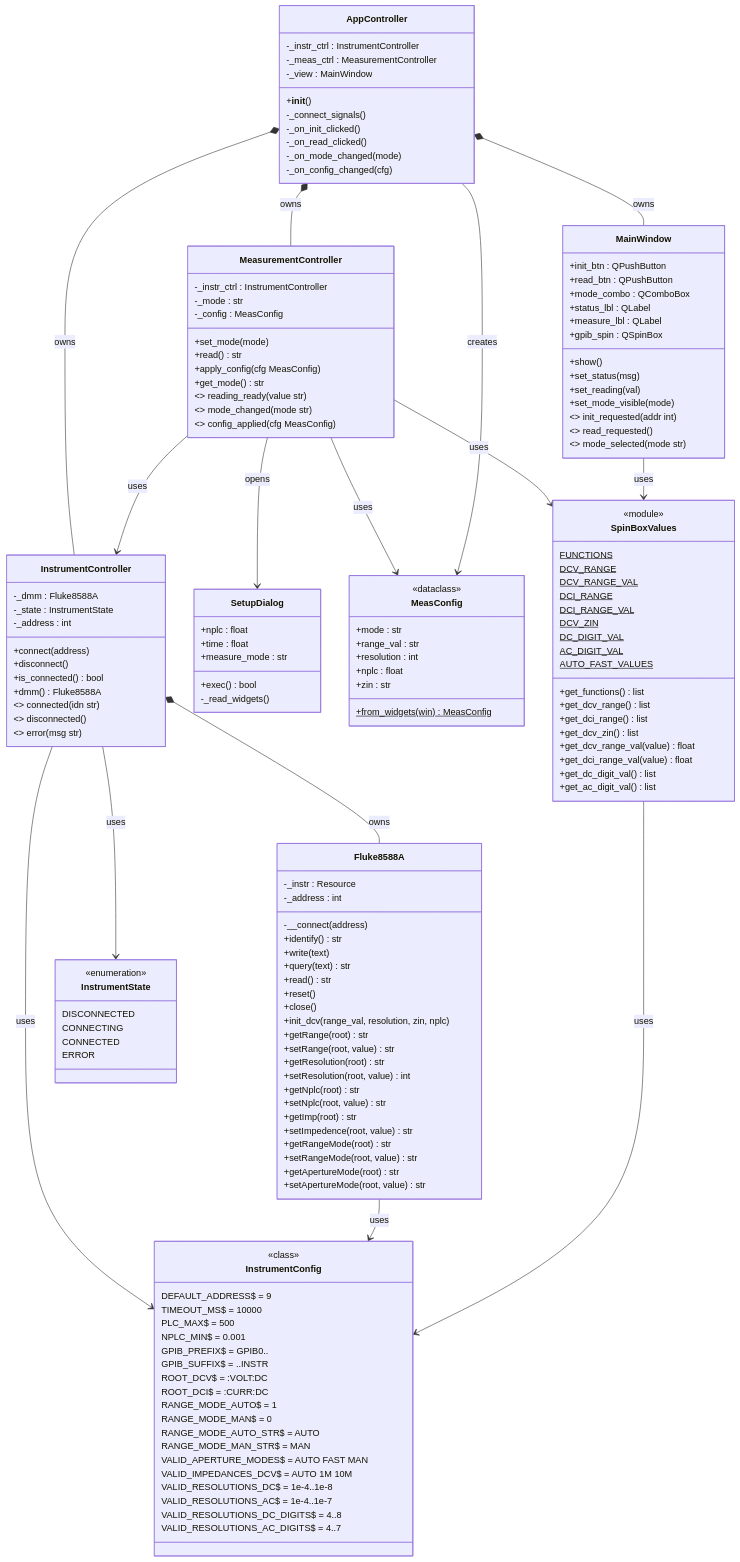
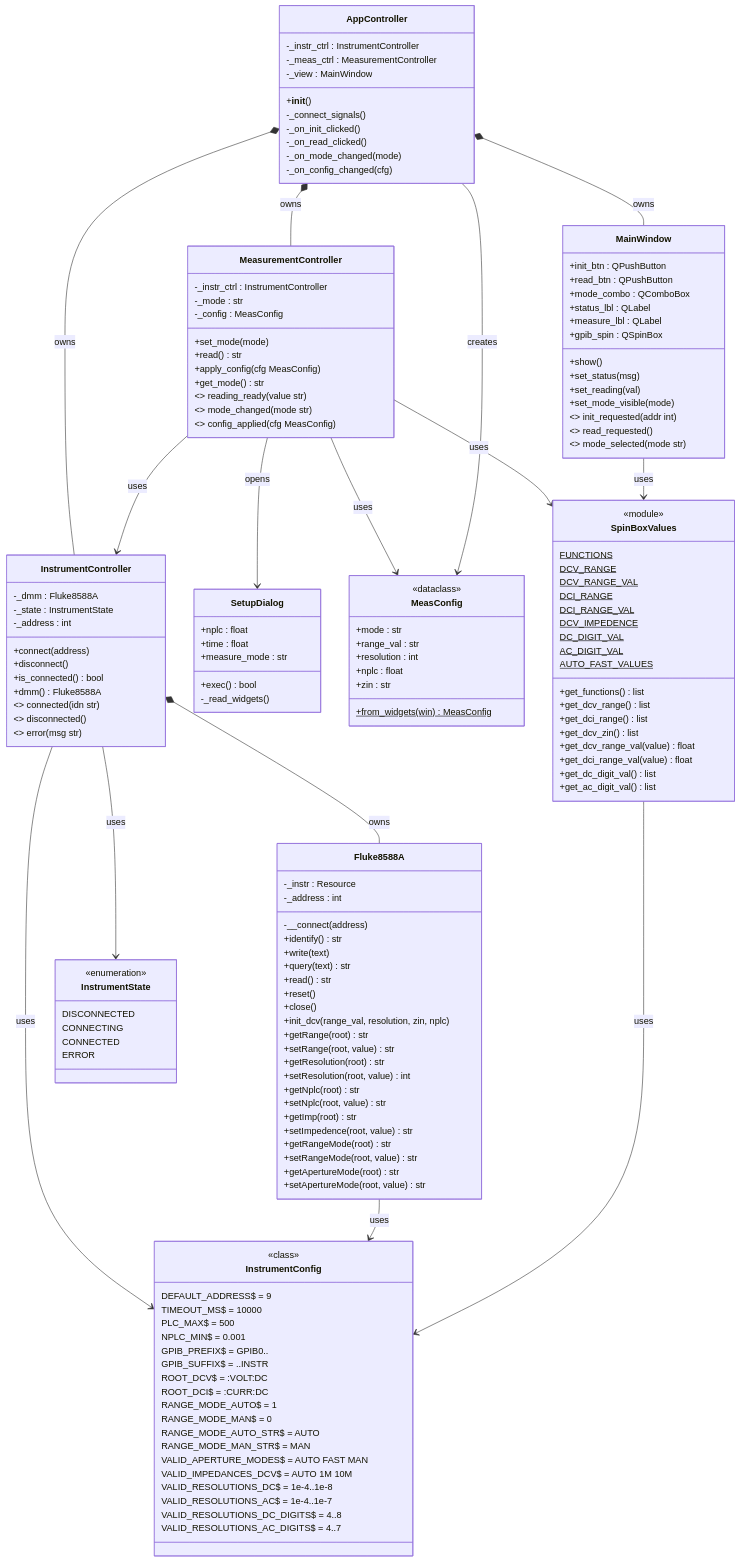
The second of 2 diagrams in Project design ideas/architecture.md (is4rk/Fluke8588A-pyvisa), drawn with Mermaid before and after one commit. The commit also changed 6 other files, not shown here.

```diff
--- a/Project design ideas/architecture.md
+++ b/Project design ideas/architecture.md
@@ -189,7 +189,7 @@
         DCV_RANGE_VAL$
         DCI_RANGE$
         DCI_RANGE_VAL$
-        DCV_ZIN$
+        DCV_IMPEDENCE$
         DC_DIGIT_VAL$
         AC_DIGIT_VAL$
         AUTO_FAST_VALUES$
```
